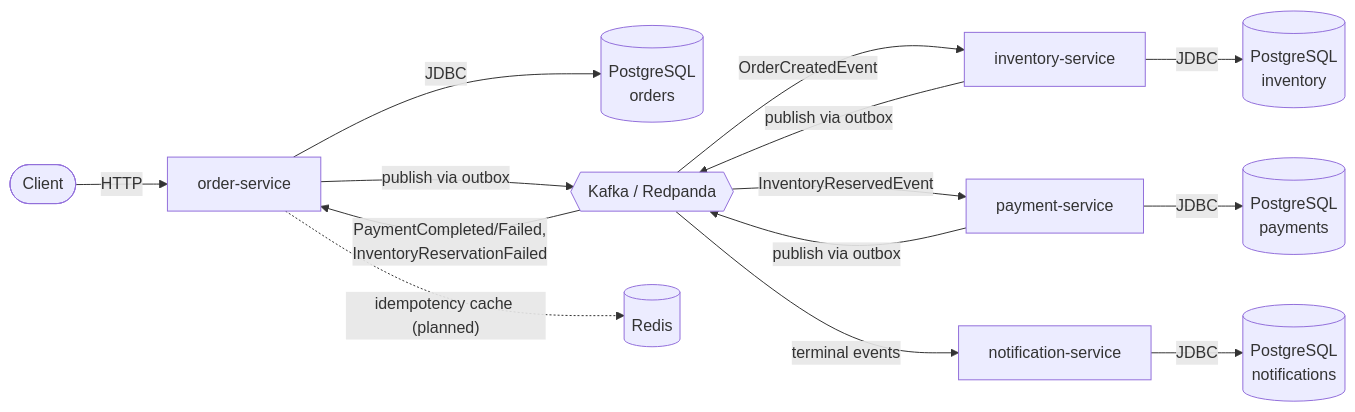
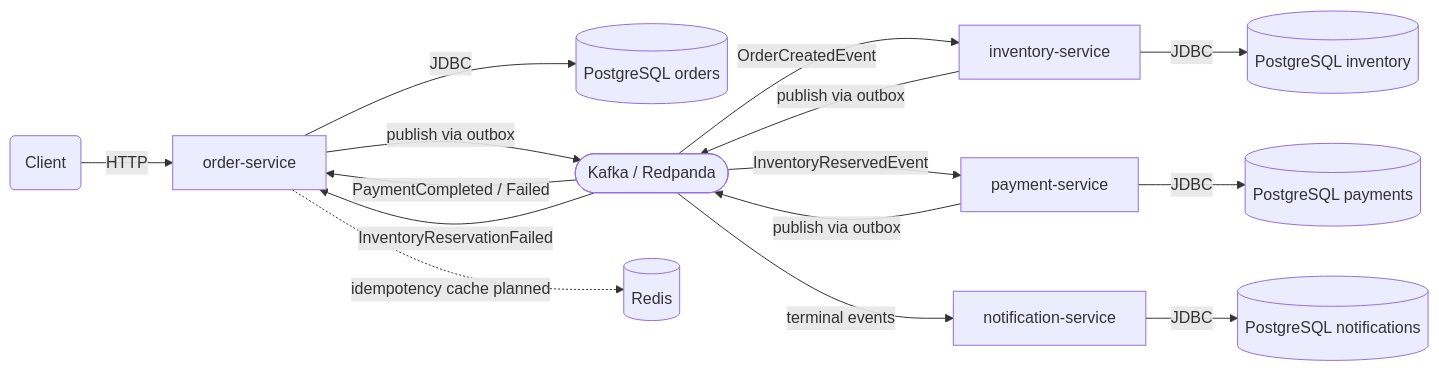
One commit to nazilagolchin/order-management-platform changed the first of 2 diagrams in README.md. Above: the diagram before and after it, drawn with Mermaid.

Commit message:
Fix Mermaid flowchart syntax for GitHub renderer
GitHub's Mermaid version does not support:
- {{...}} hexagon shape
- (["..."]) subroutine shape with quoted labels
- \n newlines inside node labels or edge labels

Replace with universally supported syntax: round-bracket nodes for
the Kafka bus, plain [(text)] for databases, and split the
PaymentCompleted/Failed edge into two separate arrows.

````diff
--- a/README.md
+++ b/README.md
@@ -52,22 +52,23 @@
 ```mermaid
 flowchart LR
-    Client(["Client"]) -->|"HTTP"| OrderService["order-service"]
+    Client(Client) -->|HTTP| OrderService[order-service]
 
-    OrderService -->|"JDBC"| OrderDB[("PostgreSQL\norders")]
-    OrderService -->|"publish via outbox"| Bus{{"Kafka / Redpanda"}}
+    OrderService -->|JDBC| OrderDB[(PostgreSQL orders)]
+    OrderService -->|publish via outbox| Bus([Kafka / Redpanda])
 
-    Bus -->|"OrderCreatedEvent"| InventoryService["inventory-service"]
-    InventoryService -->|"JDBC"| InventoryDB[("PostgreSQL\ninventory")]
-    InventoryService -->|"publish via outbox"| Bus
+    Bus -->|OrderCreatedEvent| InventoryService[inventory-service]
+    InventoryService -->|JDBC| InventoryDB[(PostgreSQL inventory)]
+    InventoryService -->|publish via outbox| Bus
 
-    Bus -->|"InventoryReservedEvent"| PaymentService["payment-service"]
-    PaymentService -->|"JDBC"| PaymentDB[("PostgreSQL\npayments")]
-    PaymentService -->|"publish via outbox"| Bus
+    Bus -->|InventoryReservedEvent| PaymentService[payment-service]
+    PaymentService -->|JDBC| PaymentDB[(PostgreSQL payments)]
+    PaymentService -->|publish via outbox| Bus
 
-    Bus -->|"PaymentCompleted/Failed,\nInventoryReservationFailed"| OrderService
+    Bus -->|PaymentCompleted / Failed| OrderService
+    Bus -->|InventoryReservationFailed| OrderService
 
-    Bus -->|"terminal events"| NotificationService["notification-service"]
-    NotificationService -->|"JDBC"| NotificationDB[("PostgreSQL\nnotifications")]
+    Bus -->|terminal events| NotificationService[notification-service]
+    NotificationService -->|JDBC| NotificationDB[(PostgreSQL notifications)]
 
-    OrderService -.->|"idempotency cache (planned)"| Redis[("Redis")]
+    OrderService -.->|idempotency cache planned| Redis[(Redis)]
 ```
````
